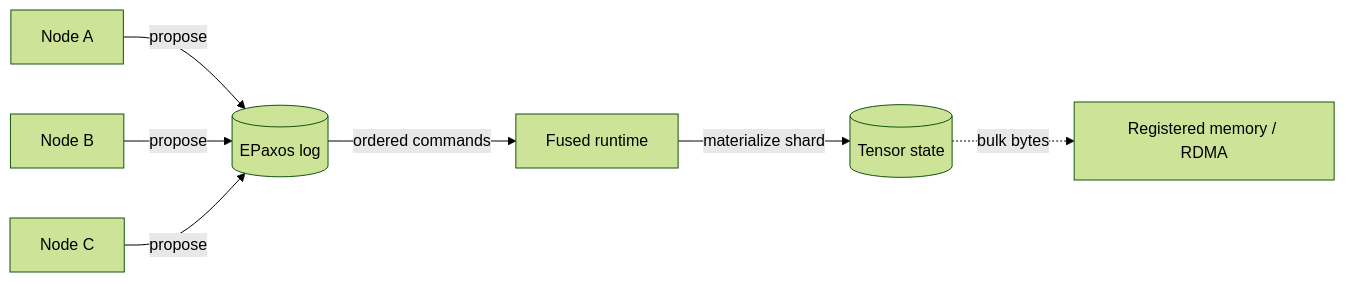
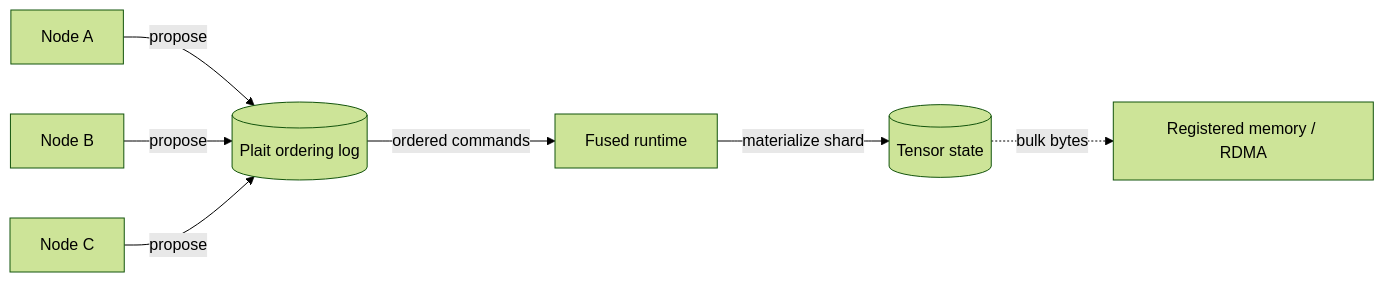
The diagram in README.md (devillove084/Plait), drawn with Mermaid (forest theme) before and after one commit. The commit also changed other lines of this file and 23 other files, not shown here.

First line of the commit message:
Rename the consensus design to Plait ordering

````diff
--- a/README.md
+++ b/README.md
@@ -35,9 +35,9 @@
 ```mermaid
 flowchart LR
-  A[Node A] -->|propose| L[(EPaxos log)]
+  A[Node A] -->|propose| L[(Plait ordering log)]
   B[Node B] -->|propose| L
   C[Node C] -->|propose| L
   L -->|ordered commands| R[Fused runtime]
   R -->|materialize shard| T[(Tensor state)]
   T -. bulk bytes .-> M[Registered memory / RDMA]
 ```
````
